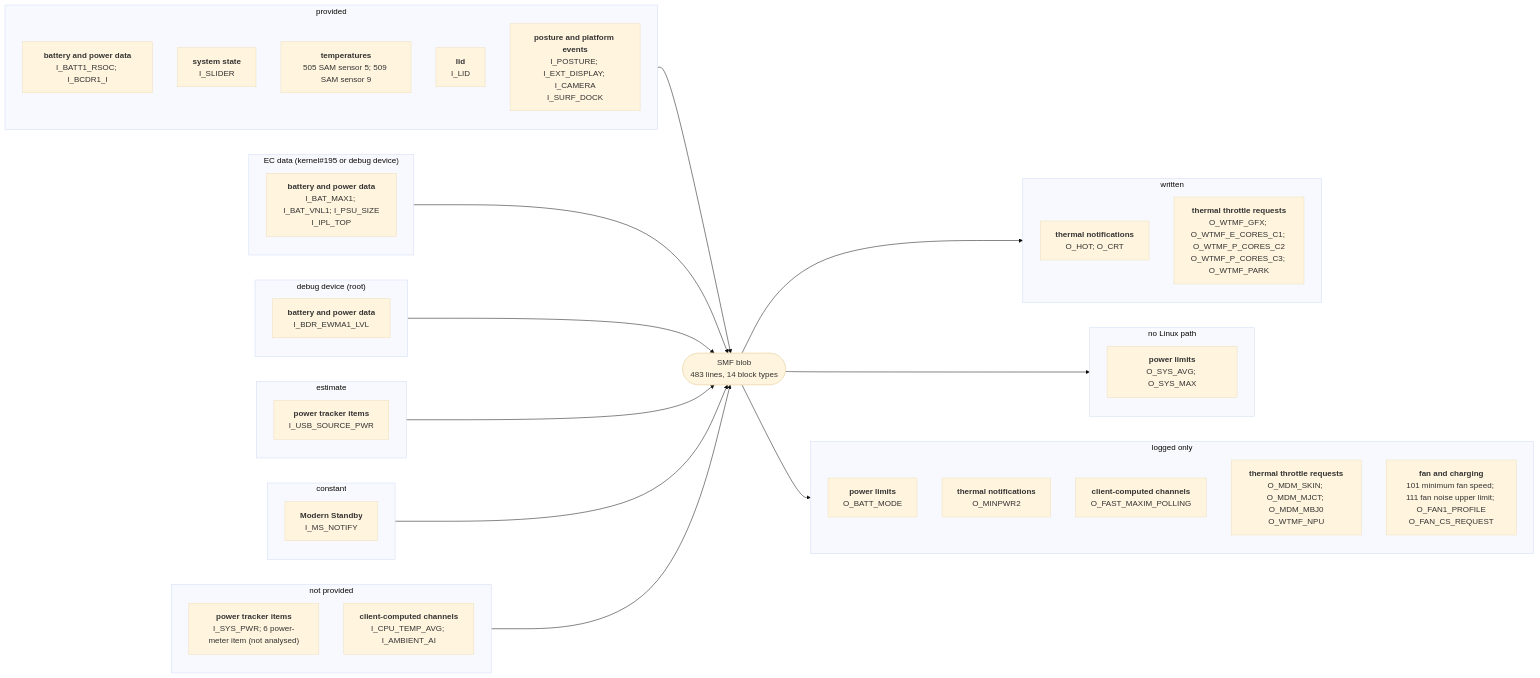
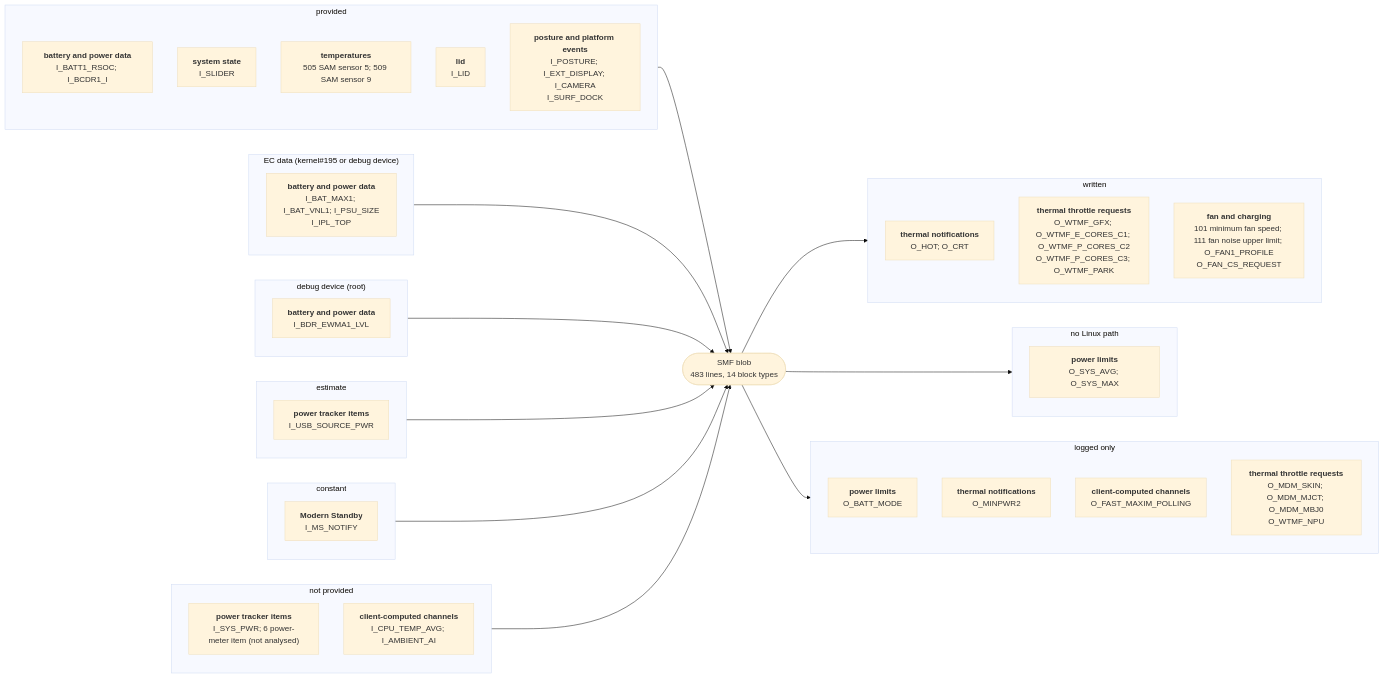
The diagram in docs/devices/surface-pro-11-snapdragon.md (larsschellhas/linux-surface-power), drawn with Mermaid (base theme) before and after one commit. The commit also changed other lines of this file and 30 other files, not shown here.

````diff
--- a/docs/devices/surface-pro-11-snapdragon.md
+++ b/docs/devices/surface-pro-11-snapdragon.md
@@ -22,50 +22,50 @@
 ```mermaid
 flowchart LR
     subgraph IN0["provided"]
         I0_28B7BD85["<b>battery and power data</b><br/>I_BATT1_RSOC; I_BCDR1_I"]
         I0_2DD6960F["<b>system state</b><br/>I_SLIDER"]
         I0_2E8B14C2["<b>temperatures</b><br/>505 SAM sensor 5; 509 SAM sensor 9"]
         I0_5D0EE597["<b>lid</b><br/>I_LID"]
         I0_8060B17F["<b>posture and platform events</b><br/>I_POSTURE; I_EXT_DISPLAY; I_CAMERA<br/>I_SURF_DOCK"]
     end
     IN0 --> B
     subgraph IN1["EC data (kernel#195 or debug device)"]
         I1_28B7BD85["<b>battery and power data</b><br/>I_BAT_MAX1; I_BAT_VNL1; I_PSU_SIZE<br/>I_IPL_TOP"]
     end
     IN1 --> B
     subgraph IN2["debug device (root)"]
         I2_28B7BD85["<b>battery and power data</b><br/>I_BDR_EWMA1_LVL"]
     end
     IN2 --> B
     subgraph IN3["estimate"]
         I3_049E36F2["<b>power tracker items</b><br/>I_USB_SOURCE_PWR"]
     end
     IN3 --> B
     subgraph IN4["constant"]
         I4_DEF1AB69["<b>Modern Standby</b><br/>I_MS_NOTIFY"]
     end
     IN4 --> B
     subgraph IN5["not provided"]
         I5_049E36F2["<b>power tracker items</b><br/>I_SYS_PWR; 6 power-meter item (not analysed)"]
         I5_87008365["<b>client-computed channels</b><br/>I_CPU_TEMP_AVG; I_AMBIENT_AI"]
     end
     IN5 --> B
     B(["SMF blob<br/>483 lines, 14 block types"])
     subgraph OUT0["written"]
         O0_110DF2A4["<b>thermal notifications</b><br/>O_HOT; O_CRT"]
         O0_9BBB8910["<b>thermal throttle requests</b><br/>O_WTMF_GFX; O_WTMF_E_CORES_C1; O_WTMF_P_CORES_C2<br/>O_WTMF_P_CORES_C3; O_WTMF_PARK"]
+        O0_B620798F["<b>fan and charging</b><br/>101 minimum fan speed; 111 fan noise upper limit; O_FAN1_PROFILE<br/>O_FAN_CS_REQUEST"]
     end
     B --> OUT0
     subgraph OUT1["no Linux path"]
         O1_0B7B5350["<b>power limits</b><br/>O_SYS_AVG; O_SYS_MAX"]
     end
     B --> OUT1
     subgraph OUT2["logged only"]
         O2_0B7B5350["<b>power limits</b><br/>O_BATT_MODE"]
         O2_110DF2A4["<b>thermal notifications</b><br/>O_MINPWR2"]
         O2_87008365["<b>client-computed channels</b><br/>O_FAST_MAXIM_POLLING"]
         O2_9BBB8910["<b>thermal throttle requests</b><br/>O_MDM_SKIN; O_MDM_MJCT; O_MDM_MBJ0<br/>O_WTMF_NPU"]
-        O2_B620798F["<b>fan and charging</b><br/>101 minimum fan speed; 111 fan noise upper limit; O_FAN1_PROFILE<br/>O_FAN_CS_REQUEST"]
     end
     B --> OUT2
 ```
````
